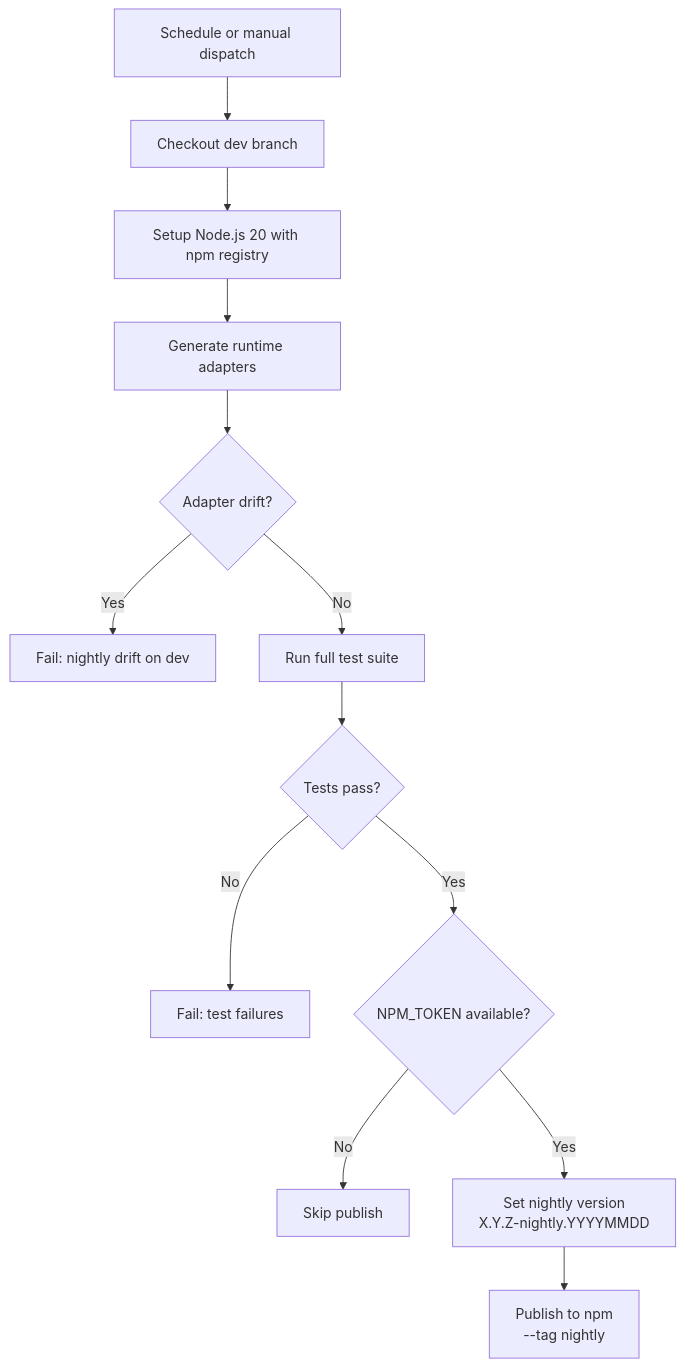
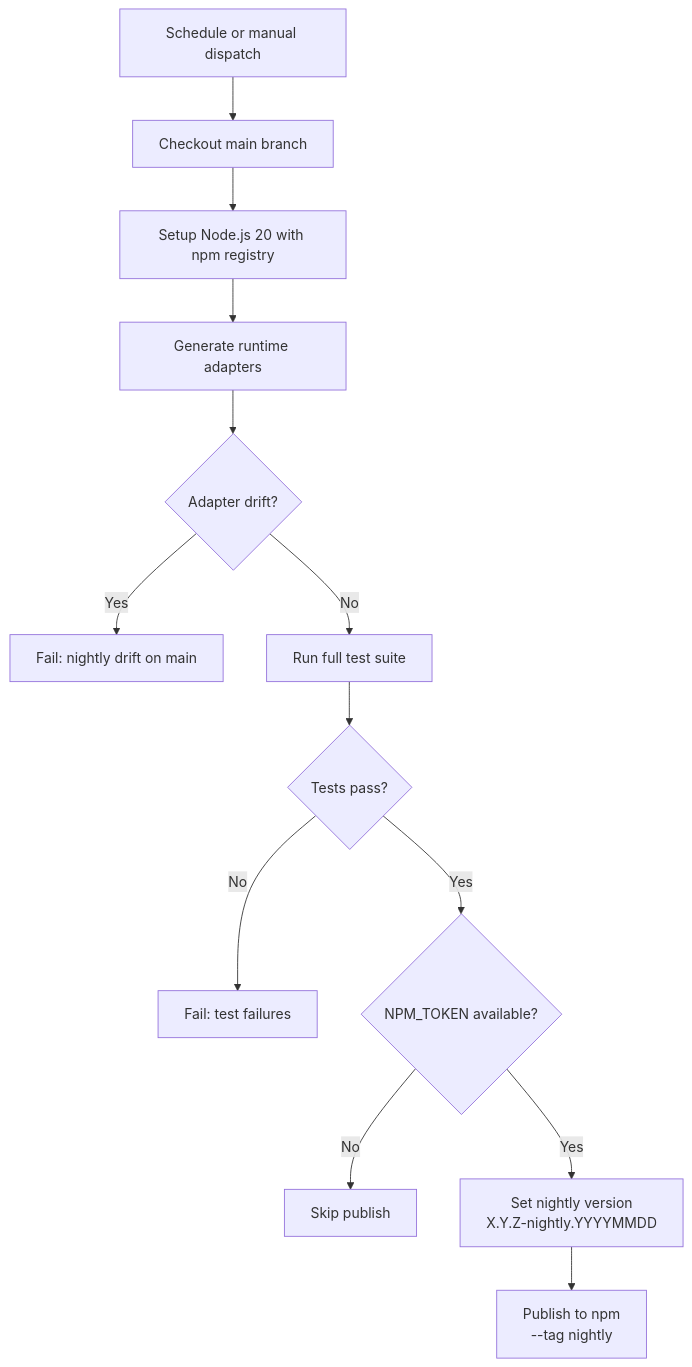
Before and after one commit to josstei/maestro-orchestrate: the third of 9 diagrams in docs/cicd.md, drawn with Mermaid. The commit also changed other lines of this file and 5 other files, not shown here.

````diff
--- a/docs/cicd.md
+++ b/docs/cicd.md
@@ -103,15 +102,15 @@
 ```mermaid
 graph TD
-    A["Schedule or manual dispatch"] --> B["Checkout dev branch"]
+    A["Schedule or manual dispatch"] --> B["Checkout main branch"]
     B --> C["Setup Node.js 20 with npm registry"]
     C --> D["Generate runtime adapters"]
     D --> E{"Adapter drift?"}
-    E --> |"Yes"| F["Fail: nightly drift on dev"]
+    E --> |"Yes"| F["Fail: nightly drift on main"]
     E --> |"No"| G["Run full test suite"]
     G --> H{"Tests pass?"}
     H --> |"No"| I["Fail: test failures"]
     H --> |"Yes"| J{"NPM_TOKEN available?"}
     J --> |"No"| K["Skip publish"]
     J --> |"Yes"| L["Set nightly version<br/>X.Y.Z-nightly.YYYYMMDD"]
     L --> M["Publish to npm<br/>--tag nightly"]
 ```
````
